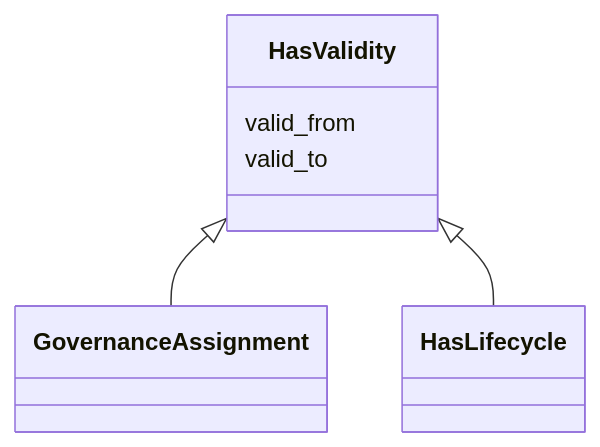
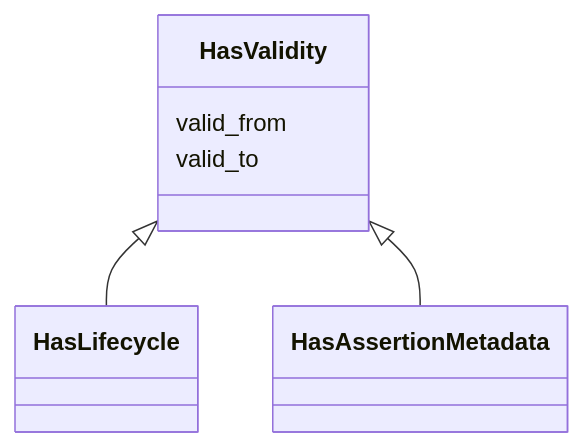
Before and after one commit to oista/moex-data-model: the diagram in generated/artifacts/moex-dams/0.1/diagrams/HasValidity.md, drawn with Mermaid. The commit also changed 49 other files, not shown here.

First line of the commit message:
feat(schema): HasAssertionMetadata mixin and INV-057 (ADR-053, 5.1.0)

````diff
--- a/generated/artifacts/moex-dams/0.1/diagrams/HasValidity.md
+++ b/generated/artifacts/moex-dams/0.1/diagrams/HasValidity.md
@@ -4,15 +4,15 @@
 ```mermaid
  classDiagram
     class HasValidity
     click HasValidity href "../HasValidity"
-      HasValidity <|-- GovernanceAssignment
-        click GovernanceAssignment href "../GovernanceAssignment"
       HasValidity <|-- HasLifecycle
         click HasLifecycle href "../HasLifecycle"
+      HasValidity <|-- HasAssertionMetadata
+        click HasAssertionMetadata href "../HasAssertionMetadata"
       
       HasValidity : valid_from
         
       HasValidity : valid_to
         
       
 ```
````
